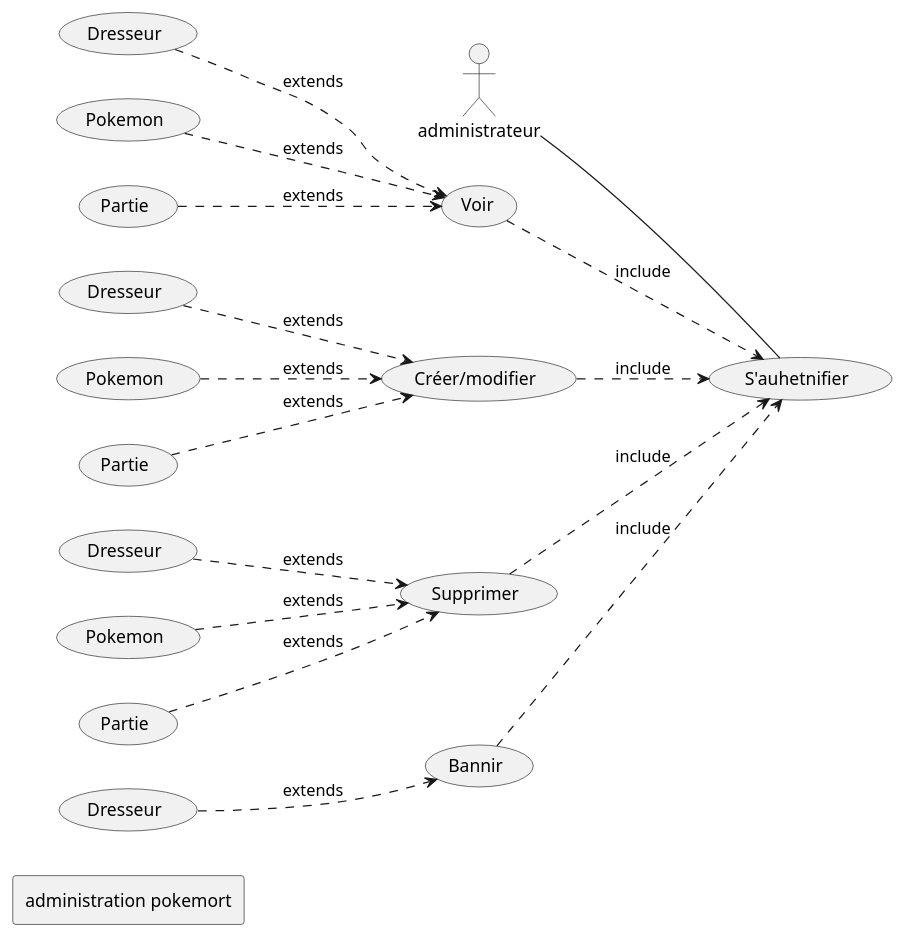
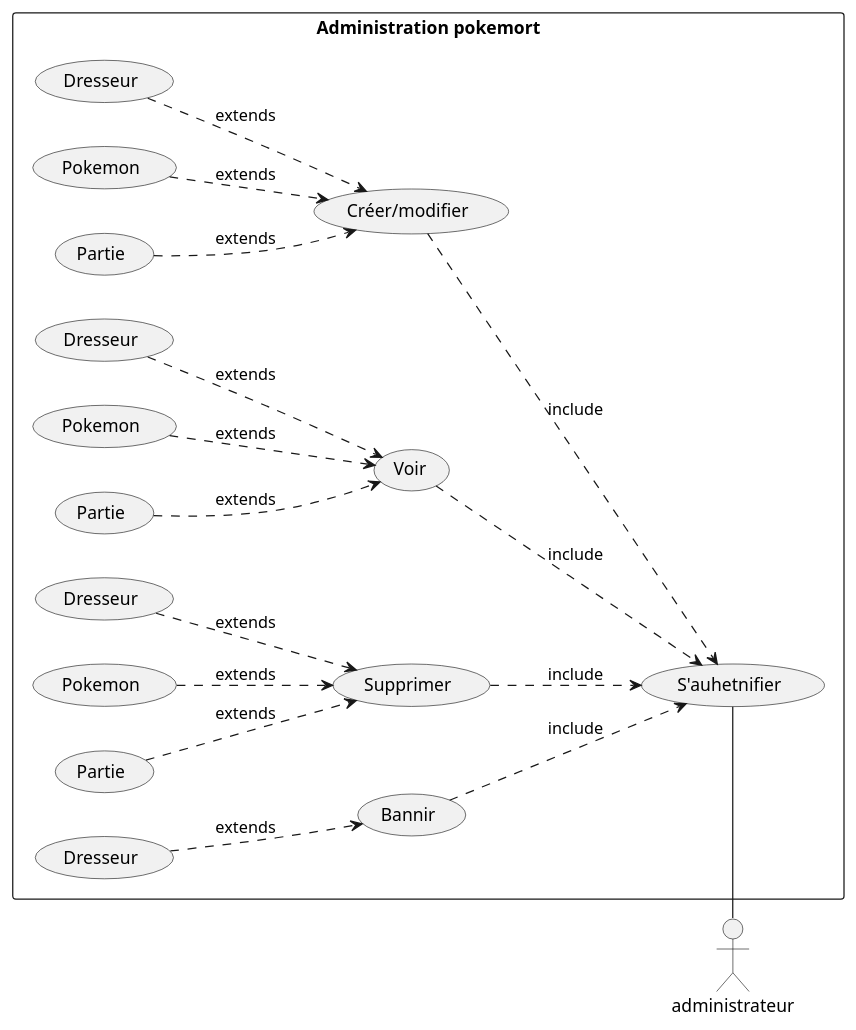
The diagram in documents/merise/uml/usecase/admin.wsd (cedwics10/pokemort), drawn with PlantUML before and after one commit. The commit also changed 3 other files, not shown here.

Commit message:
Use cse update : rectangle diagramm

```diff
--- a/documents/merise/uml/usecase/admin.wsd
+++ b/documents/merise/uml/usecase/admin.wsd
@@ -1,49 +1,51 @@
 @startuml
 
 left to right direction
 
 actor administrateur
 
-usecase "S'auhetnifier" as AUTH
+rectangle "Administration pokemort" {
+    usecase "S'auhetnifier" as AUTH
 
-usecase "Voir" as VIEW
-usecase "Créer/modifier" as EDIT
-usecase "Supprimer" as DELETE
+    usecase "Voir" as VIEW
+    usecase "Créer/modifier" as EDIT
+    usecase "Supprimer" as DELETE
 
-usecase "Dresseur" as TRAINER
-usecase "Pokemon" as POKEMON
-usecase "Partie" as ADVENTURE
+    usecase "Dresseur" as TRAINER
+    usecase "Pokemon" as POKEMON
+    usecase "Partie" as ADVENTURE
 
-usecase "Dresseur" as TRAINER2
-usecase "Pokemon" as POKEMON2
-usecase "Partie" as ADVENTURE2
+    usecase "Dresseur" as TRAINER2
+    usecase "Pokemon" as POKEMON2
+    usecase "Partie" as ADVENTURE2
 
-usecase "Dresseur" as TRAINER3
-usecase "Pokemon" as POKEMON3
-usecase "Partie" as ADVENTURE3
+    usecase "Dresseur" as TRAINER3
+    usecase "Pokemon" as POKEMON3
+    usecase "Partie" as ADVENTURE3
 
-usecase "Bannir" as BAN
-usecase "Dresseur" as TRAINER4
+    usecase "Bannir" as BAN
+    usecase "Dresseur" as TRAINER4
 
-rectangle "administration pokemort" {
-    administrateur -- AUTH
+    administrateur - AUTH
+    
     EDIT ..> AUTH : include
     VIEW ..> AUTH : include
     DELETE ..> AUTH : include
+
     TRAINER ..> EDIT : extends
     POKEMON ..> EDIT : extends
     ADVENTURE ..> EDIT : extends
 
     TRAINER2 ..> VIEW : extends
     POKEMON2 ..> VIEW : extends
     ADVENTURE2 ..> VIEW : extends
 
     TRAINER3 ..> DELETE : extends
     POKEMON3 ..> DELETE : extends
     ADVENTURE3 ..> DELETE : extends
 
     BAN ..> AUTH : include
     TRAINER4 ..> BAN : extends
 }
 
 @enduml
```
